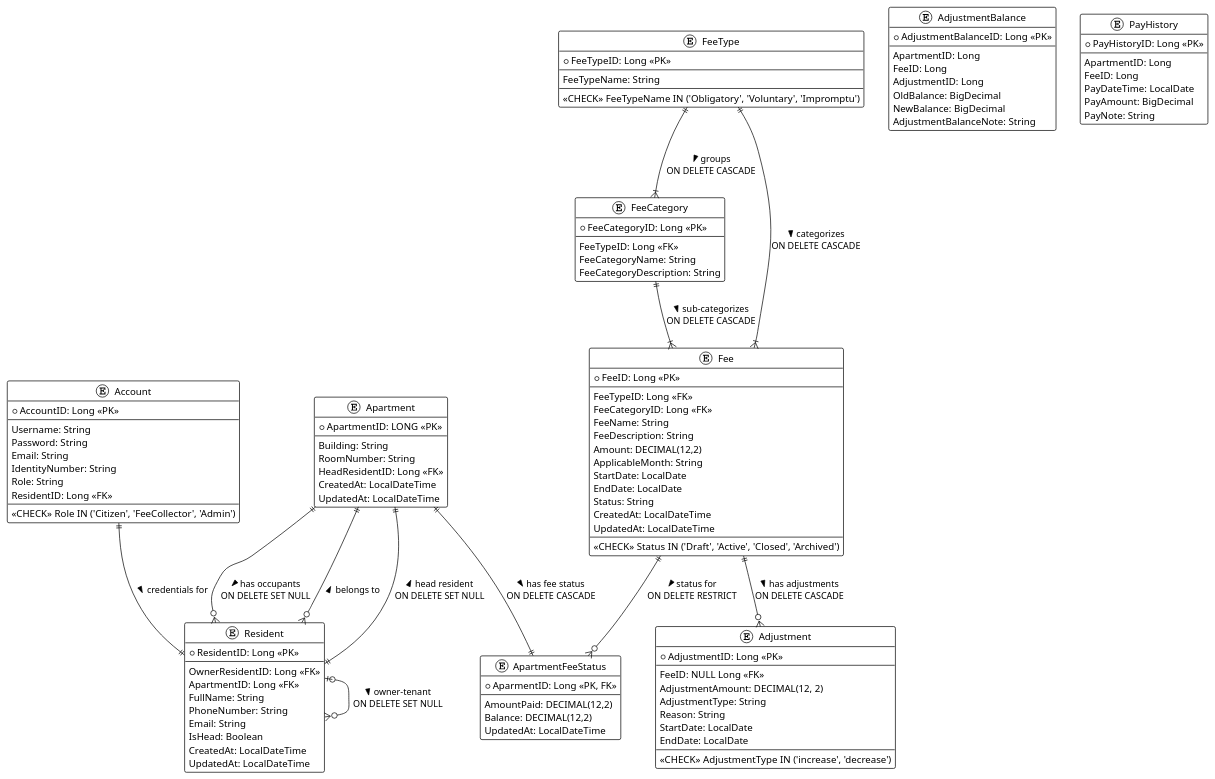
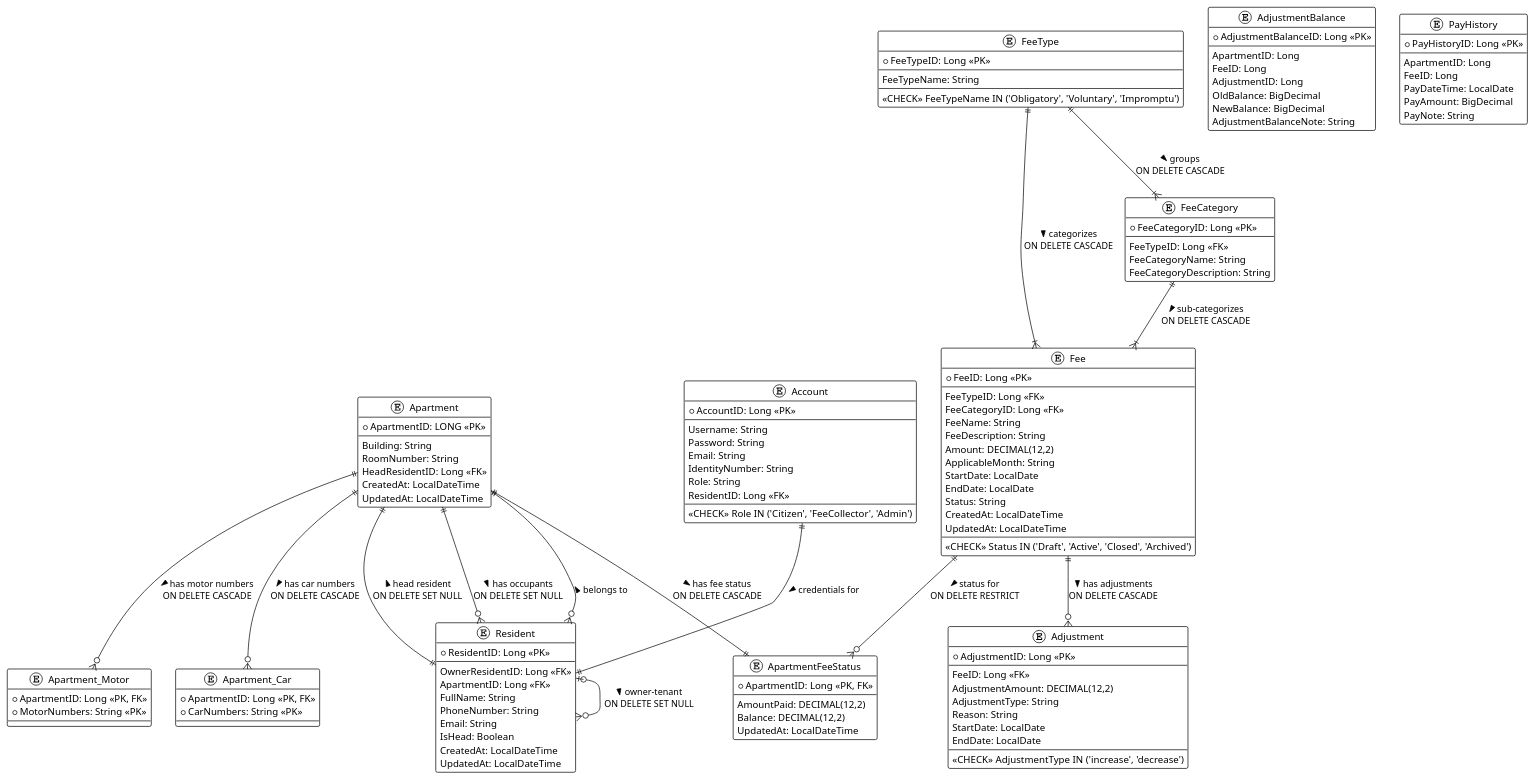
One commit to khoatran18/BluemoonManagement changed the diagram in docs/sprint1/er_diagram.puml. Above: the diagram before and after it, drawn with PlantUML. The commit also changed 1 other file, not shown here.

Commit message:
docs: update erd

```diff
--- a/docs/sprint1/er_diagram.puml
+++ b/docs/sprint1/er_diagram.puml
@@ -1,137 +1,148 @@
 @startuml
 !theme plain
 
 entity "Apartment" as Apartment {
   + ApartmentID: LONG <<PK>>
   --
   Building: String
   RoomNumber: String
   HeadResidentID: Long <<FK>>
   CreatedAt: LocalDateTime
   UpdatedAt: LocalDateTime
+}
+
+entity "Apartment_Motor" as ApartmentMotor {
+  + ApartmentID: Long <<PK, FK>>
+  + MotorNumbers: String <<PK>>
+}
+
+entity "Apartment_Car" as ApartmentCar {
+  + ApartmentID: Long <<PK, FK>>
+  + CarNumbers: String <<PK>>
 }
 
 entity "Resident" as Resident {
   + ResidentID: Long <<PK>>
   --
   OwnerResidentID: Long <<FK>>
   ApartmentID: Long <<FK>>
   FullName: String
   PhoneNumber: String
   Email: String
   IsHead: Boolean
   CreatedAt: LocalDateTime
   UpdatedAt: LocalDateTime
 }
 
 entity "FeeType" as FeeType {
   + FeeTypeID: Long <<PK>>
   --
   FeeTypeName: String
   --
   <<CHECK>> FeeTypeName IN ('Obligatory', 'Voluntary', 'Impromptu')
 }
 
 entity "FeeCategory" as FeeCategory {
   + FeeCategoryID: Long <<PK>>
   --
   FeeTypeID: Long <<FK>>
   FeeCategoryName: String
   FeeCategoryDescription: String
 }
 
 entity "Fee" as Fee {
   + FeeID: Long <<PK>>
   --
   FeeTypeID: Long <<FK>>
   FeeCategoryID: Long <<FK>>
   FeeName: String
   FeeDescription: String
   Amount: DECIMAL(12,2)
   ApplicableMonth: String
   StartDate: LocalDate
   EndDate: LocalDate
   Status: String
   CreatedAt: LocalDateTime
   UpdatedAt: LocalDateTime
   --
-   <<CHECK>> Status IN ('Draft', 'Active', 'Closed', 'Archived')
+  <<CHECK>> Status IN ('Draft', 'Active', 'Closed', 'Archived')
 }
 
-
-entity "ApartmentFeeStatus" as ApartmentFeeStatus{
-  + AparmentID: Long <<PK, FK>>
+entity "ApartmentFeeStatus" as ApartmentFeeStatus {
+  + ApartmentID: Long <<PK, FK>>
   --
   AmountPaid: DECIMAL(12,2)
   Balance: DECIMAL(12,2)
   UpdatedAt: LocalDateTime
 }
 
-entity "Adjustment" as Adjustment{
+entity "Adjustment" as Adjustment {
   + AdjustmentID: Long <<PK>>
   --
-  FeeID: NULL Long <<FK>>
-  AdjustmentAmount: DECIMAL(12, 2)
+  FeeID: Long <<FK>>
+  AdjustmentAmount: DECIMAL(12,2)
   AdjustmentType: String
   Reason: String
   StartDate: LocalDate
   EndDate: LocalDate
   --
   <<CHECK>> AdjustmentType IN ('increase', 'decrease')
 }
 
-entity "AdjustmentBalance" as AdjustmentBalance{
+entity "AdjustmentBalance" as AdjustmentBalance {
   + AdjustmentBalanceID: Long <<PK>>
   --
   ApartmentID: Long
   FeeID: Long
   AdjustmentID: Long
   OldBalance: BigDecimal
   NewBalance: BigDecimal
   AdjustmentBalanceNote: String
 }
 
-entity "PayHistory" as PayHistory{
+entity "PayHistory" as PayHistory {
   + PayHistoryID: Long <<PK>>
   --
   ApartmentID: Long
   FeeID: Long
   PayDateTime: LocalDate
   PayAmount: BigDecimal
   PayNote: String
 }
 
-entity "Account" as Account{
+entity "Account" as Account {
   + AccountID: Long <<PK>>
   --
   Username: String
   Password: String
   Email: String
   IdentityNumber: String
   Role: String
   ResidentID: Long <<FK>>
   --
   <<CHECK>> Role IN ('Citizen', 'FeeCollector', 'Admin')
 }
 
-
 '--------------------------
-' Relationships + Constraints
+' Relationships
 '--------------------------
 
 Apartment ||--o{ Resident : "has occupants >\nON DELETE SET NULL"
 Resident }o--|| Apartment : "belongs to >"
-Resident |o--o{ Resident: "owner-tenant >\nON DELETE SET NULL"
+Resident |o--o{ Resident : "owner-tenant >\nON DELETE SET NULL"
 Resident ||--|| Apartment : "head resident >\nON DELETE SET NULL"
+
+Apartment ||--o{ ApartmentMotor : "has motor numbers >\nON DELETE CASCADE"
+Apartment ||--o{ ApartmentCar   : "has car numbers >\nON DELETE CASCADE"
 
 FeeType ||--|{ Fee : "categorizes >\nON DELETE CASCADE"
 FeeType ||--|{ FeeCategory : "groups >\nON DELETE CASCADE"
 FeeCategory ||--|{ Fee : "sub-categorizes >\nON DELETE CASCADE"
 
 Apartment ||--|| ApartmentFeeStatus : "has fee status >\nON DELETE CASCADE"
 Fee ||--o{ ApartmentFeeStatus : "status for >\nON DELETE RESTRICT"
 Fee ||--o{ Adjustment : "has adjustments >\nON DELETE CASCADE"
 
 Account ||--|| Resident : "credentials for >"
 
 @enduml
```
